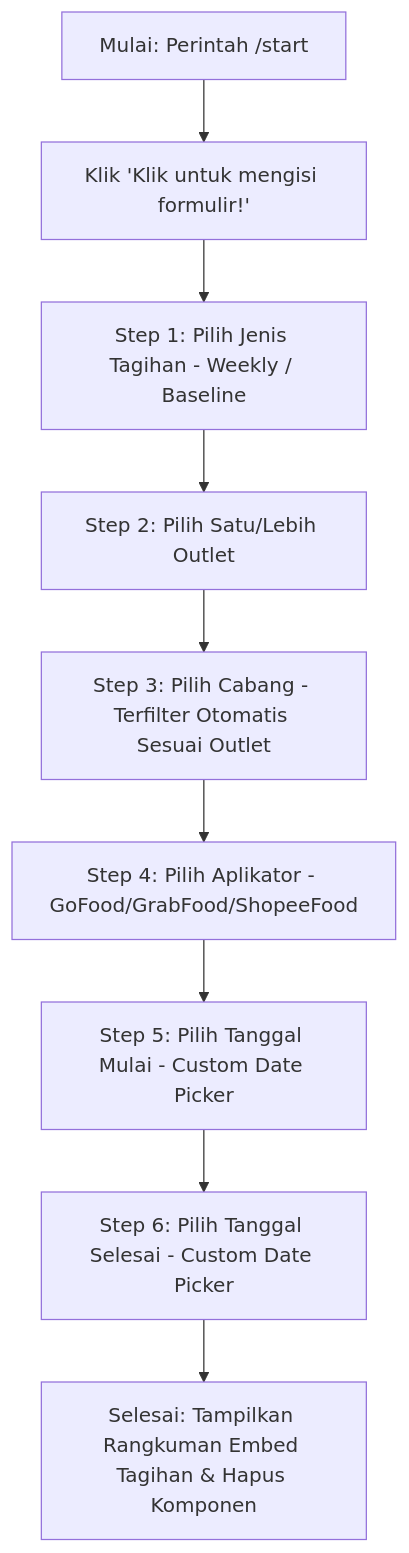
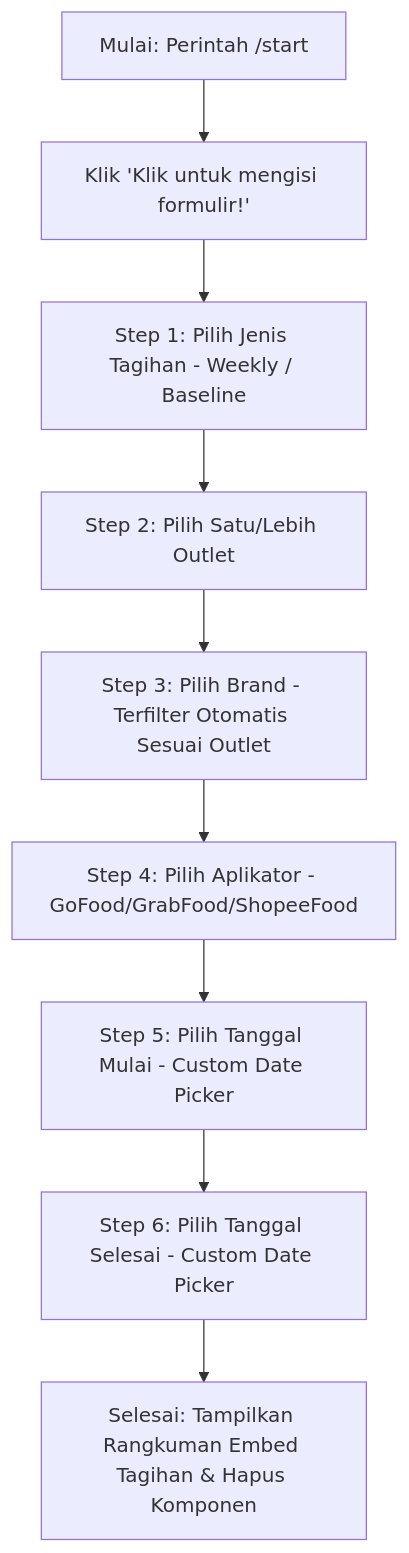
Before and after one commit to SuperfoodTech/Baseline-Generate: the diagram in discord-bot-form/README.md, drawn with Mermaid. The commit also changed other lines of this file and 7 other files, not shown here.

````diff
--- a/discord-bot-form/README.md
+++ b/discord-bot-form/README.md
@@ -33,11 +33,11 @@
 ```mermaid
 graph TD
     A[Mulai: Perintah /start] --> B[Klik 'Klik untuk mengisi formulir!']
     B --> C[Step 1: Pilih Jenis Tagihan - Weekly / Baseline]
     C --> D[Step 2: Pilih Satu/Lebih Outlet]
-    D --> E[Step 3: Pilih Cabang - Terfilter Otomatis Sesuai Outlet]
+    D --> E[Step 3: Pilih Brand - Terfilter Otomatis Sesuai Outlet]
     E --> F[Step 4: Pilih Aplikator - GoFood/GrabFood/ShopeeFood]
     F --> G[Step 5: Pilih Tanggal Mulai - Custom Date Picker]
     G --> H[Step 6: Pilih Tanggal Selesai - Custom Date Picker]
     H --> I[Selesai: Tampilkan Rangkuman Embed Tagihan & Hapus Komponen]
 ```
````
